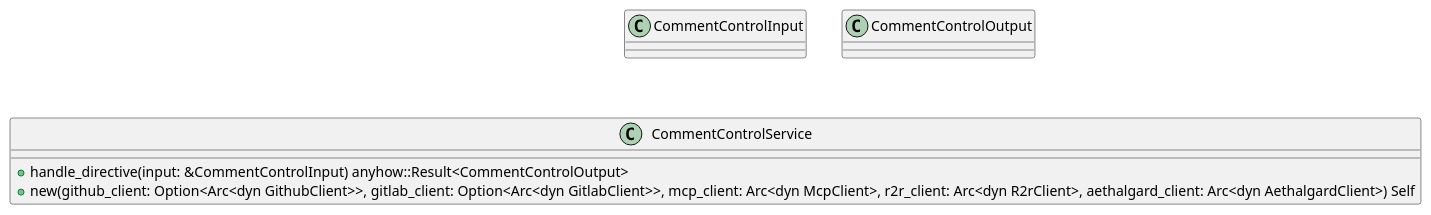
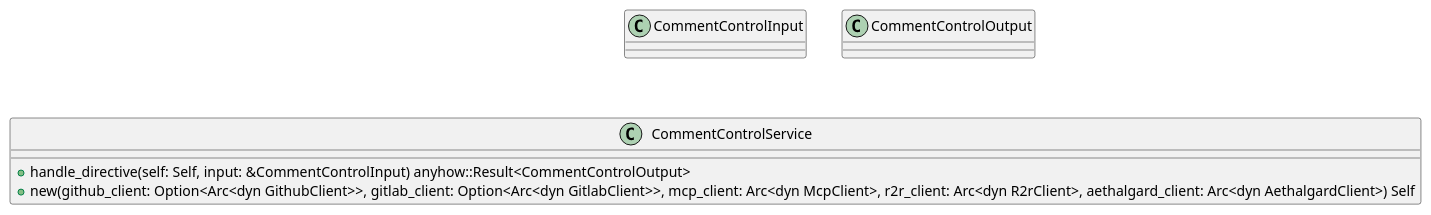
One commit to lgcorzo/rust_CACD_autonomous_factory changed the first of 6 diagrams in openwiki/crates_factory_application_src_workflows_comment_control.md. Above: the diagram before and after it, drawn with PlantUML. The commit also changed other lines of this file and 95 other files, not shown here.

````diff
--- a/openwiki/crates_factory_application_src_workflows_comment_control.md
+++ b/openwiki/crates_factory_application_src_workflows_comment_control.md
@@ -153,13 +154,13 @@
 ```plantuml
 @startuml
 class CommentControlInput {
 }
 class CommentControlOutput {
 }
 class CommentControlService {
-    +handle_directive(input: &CommentControlInput) anyhow::Result<CommentControlOutput>
+    +handle_directive(self: Self, input: &CommentControlInput) anyhow::Result<CommentControlOutput>
     +new(github_client: Option<Arc<dyn GithubClient>>, gitlab_client: Option<Arc<dyn GitlabClient>>, mcp_client: Arc<dyn McpClient>, r2r_client: Arc<dyn R2rClient>, aethalgard_client: Arc<dyn AethalgardClient>) Self
 }
 @enduml
 
 ```
````
